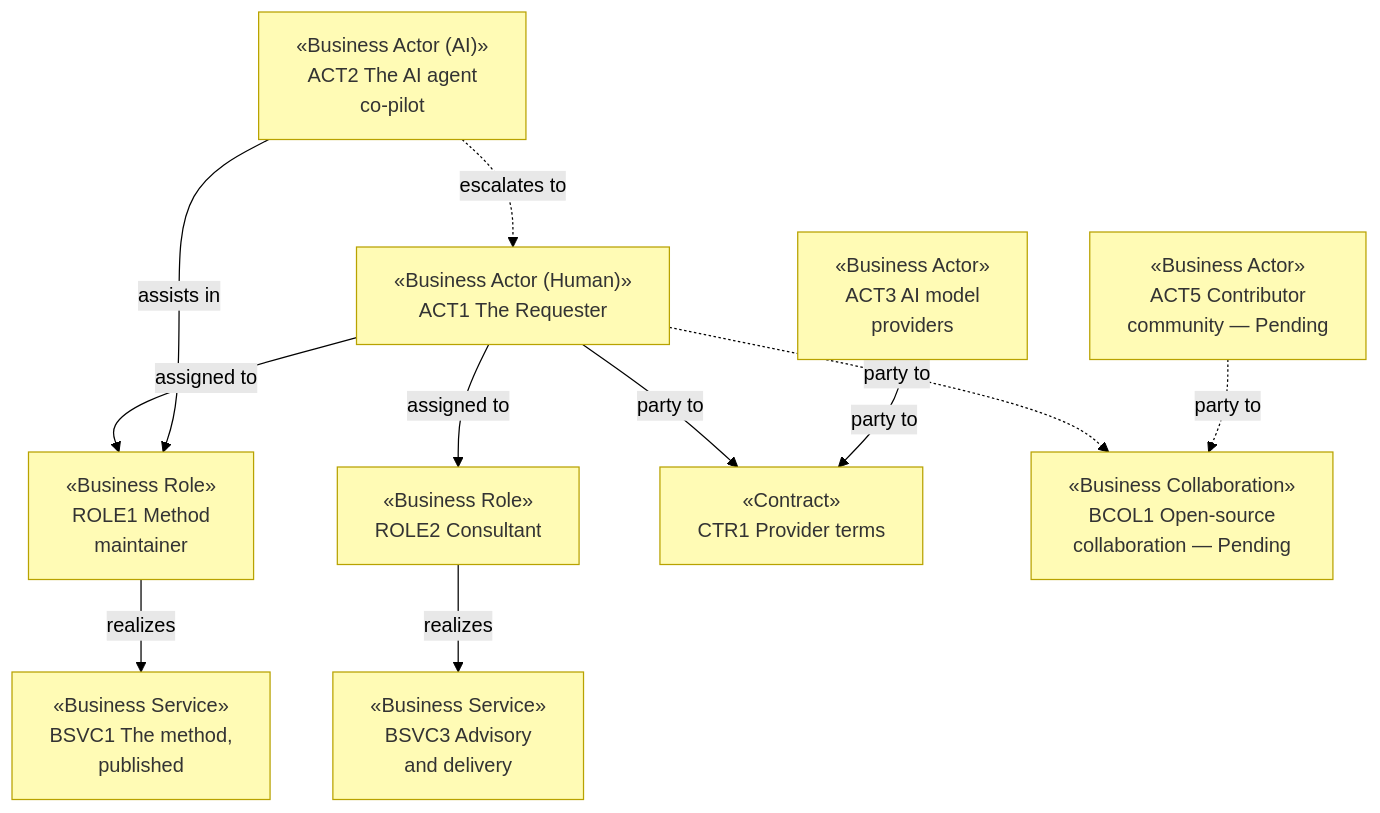
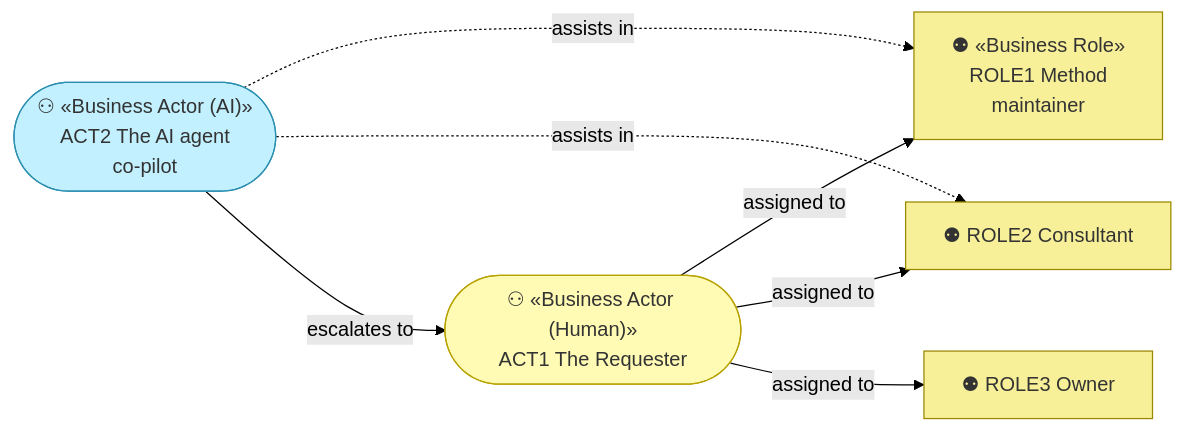
The second of 3 diagrams in organization/docs/ea/2_business/1_business-actors-and-roles.md (roanboc/architecture-archreator), drawn with Mermaid (forest theme) before and after one commit. The commit also changed other lines of this file and 7 other files, not shown here.

````diff
--- a/organization/docs/ea/2_business/1_business-actors-and-roles.md
+++ b/organization/docs/ea/2_business/1_business-actors-and-roles.md
@@ -64,29 +53,20 @@
 ```mermaid
-flowchart TB
-  act1["«Business Actor (Human)»<br>ACT1 The Requester"]:::business
-  act2["«Business Actor (AI)»<br>ACT2 The AI agent<br>co-pilot"]:::business
-  act3["«Business Actor»<br>ACT3 AI model<br>providers"]:::business
-  act5["«Business Actor»<br>ACT5 Contributor<br>community — Pending"]:::business
+flowchart LR
+  act1(["⚇ «Business Actor (Human)»<br>ACT1 The Requester"]):::actor
+  act2(["⚇ «Business Actor (AI)»<br>ACT2 The AI agent<br>co-pilot"]):::actorai
 
-  role1["«Business Role»<br>ROLE1 Method<br>maintainer"]:::business
-  role2["«Business Role»<br>ROLE2 Consultant"]:::business
-
-  bsvc1["«Business Service»<br>BSVC1 The method,<br>published"]:::business
-  bsvc3["«Business Service»<br>BSVC3 Advisory<br>and delivery"]:::business
-
-  ctr1["«Contract»<br>CTR1 Provider terms"]:::business
-  bcol1["«Business Collaboration»<br>BCOL1 Open-source<br>collaboration — Pending"]:::business
+  role1["⚉ «Business Role»<br>ROLE1 Method<br>maintainer"]:::role
+  role2["⚉ ROLE2 Consultant"]:::role
+  role3["⚉ ROLE3 Owner"]:::role
 
   act1 -->|assigned to| role1
   act1 -->|assigned to| role2
-  act2 -->|assists in| role1
-  role1 -->|realizes| bsvc1
-  role2 -->|realizes| bsvc3
-  act1 -->|party to| ctr1
-  act3 -->|party to| ctr1
-  act1 -.->|party to| bcol1
-  act5 -.->|party to| bcol1
-  act2 -.->|escalates to| act1
+  act1 -->|assigned to| role3
+  act2 -.->|assists in| role1
+  act2 -.->|assists in| role2
+  act2 -->|escalates to| act1
 
-  classDef business fill:#fffbb5,stroke:#b8a200,color:#333
+  classDef actor fill:#fffbb5,stroke:#b8a200,color:#333
+  classDef actorai fill:#c2f0ff,stroke:#2a8fb0,color:#333
+  classDef role fill:#f7f099,stroke:#9a8800,color:#333
 ```
````
